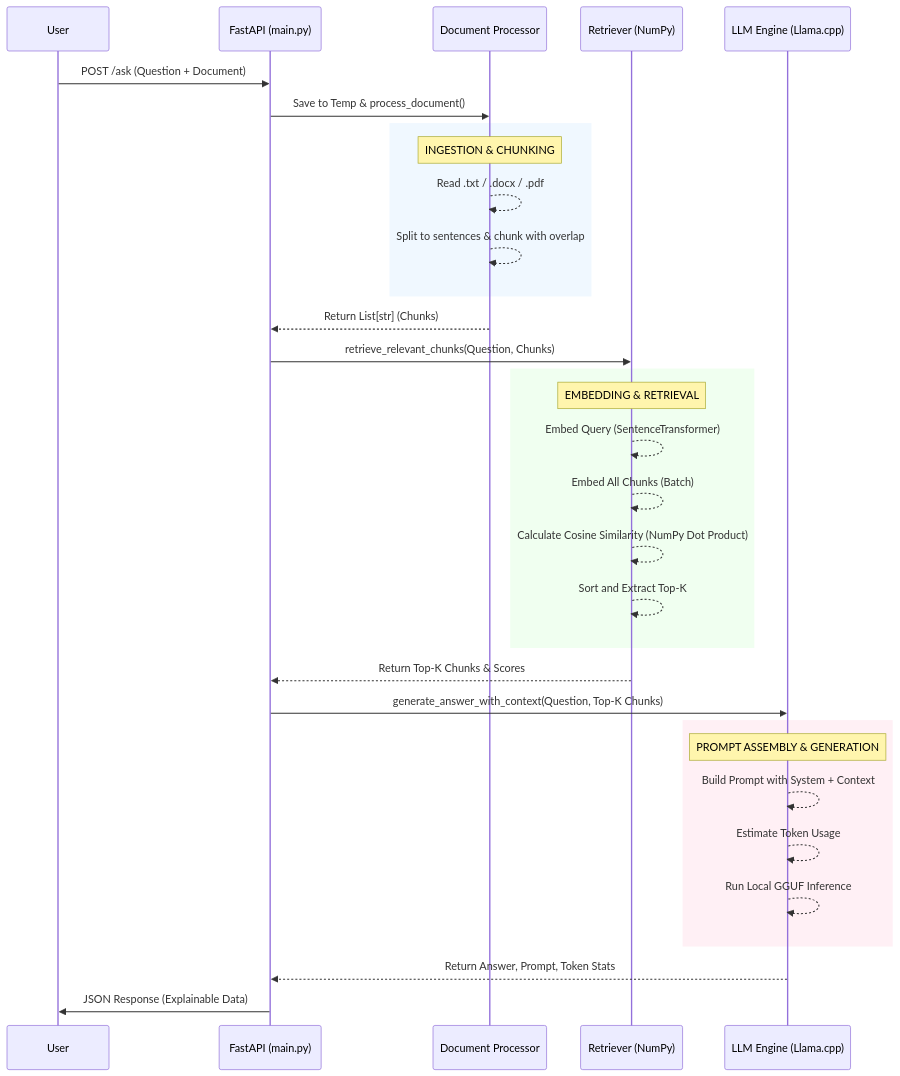
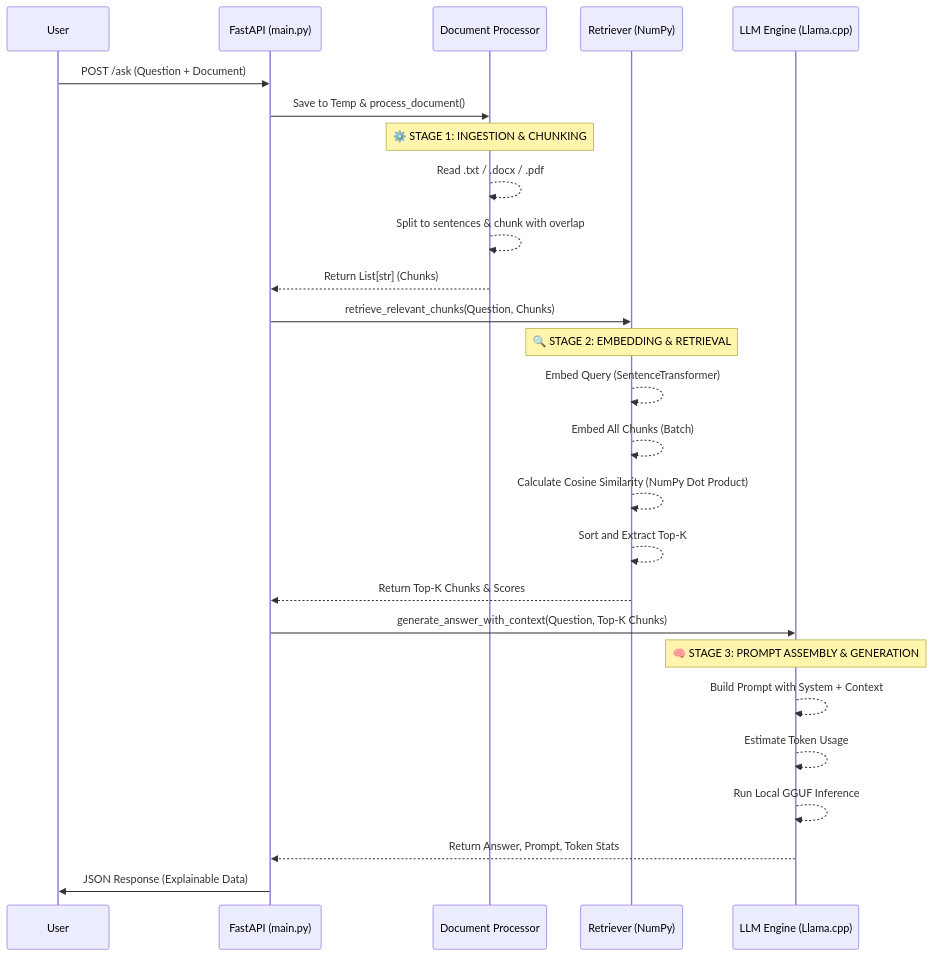
One commit to adolesans/askdocx-local-rag changed the diagram in README.md. Above: the diagram before and after it, drawn with Mermaid.

Commit message:
Update stages in README formatting

````diff
--- a/README.md
+++ b/README.md
@@ -206,41 +206,35 @@
 ```mermaid
 sequenceDiagram
     participant User
     participant FastAPI as FastAPI (main.py)
     participant DocProc as Document Processor
     participant Ret as Retriever (NumPy)
     participant LLM as LLM Engine (Llama.cpp)
 
     User->>FastAPI: POST /ask (Question + Document)
     FastAPI->>DocProc: Save to Temp & process_document()
     
-    rect rgb(240, 248, 255)
-        Note over DocProc: INGESTION & CHUNKING
-        DocProc-->>DocProc: Read .txt / .docx / .pdf
-        DocProc-->>DocProc: Split to sentences & chunk with overlap
-    end
+    Note over DocProc: ⚙️ STAGE 1: INGESTION & CHUNKING
+    DocProc-->>DocProc: Read .txt / .docx / .pdf
+    DocProc-->>DocProc: Split to sentences & chunk with overlap
+    DocProc-->>FastAPI: Return List[str] (Chunks)
     
-    DocProc-->>FastAPI: Return List[str] (Chunks)
     FastAPI->>Ret: retrieve_relevant_chunks(Question, Chunks)
     
-    rect rgb(240, 255, 240)
-        Note over Ret: EMBEDDING & RETRIEVAL
-        Ret-->>Ret: Embed Query (SentenceTransformer)
-        Ret-->>Ret: Embed All Chunks (Batch)
-        Ret-->>Ret: Calculate Cosine Similarity (NumPy Dot Product)
-        Ret-->>Ret: Sort and Extract Top-K
-    end
+    Note over Ret: 🔍 STAGE 2: EMBEDDING & RETRIEVAL
+    Ret-->>Ret: Embed Query (SentenceTransformer)
+    Ret-->>Ret: Embed All Chunks (Batch)
+    Ret-->>Ret: Calculate Cosine Similarity (NumPy Dot Product)
+    Ret-->>Ret: Sort and Extract Top-K
+    Ret-->>FastAPI: Return Top-K Chunks & Scores
     
-    Ret-->>FastAPI: Return Top-K Chunks & Scores
     FastAPI->>LLM: generate_answer_with_context(Question, Top-K Chunks)
     
-    rect rgb(255, 240, 245)
-        Note over LLM: PROMPT ASSEMBLY & GENERATION
-        LLM-->>LLM: Build Prompt with System + Context
-        LLM-->>LLM: Estimate Token Usage
-        LLM-->>LLM: Run Local GGUF Inference
-    end
+    Note over LLM: 🧠 STAGE 3: PROMPT ASSEMBLY & GENERATION
+    LLM-->>LLM: Build Prompt with System + Context
+    LLM-->>LLM: Estimate Token Usage
+    LLM-->>LLM: Run Local GGUF Inference
+    LLM-->>FastAPI: Return Answer, Prompt, Token Stats
     
-    LLM-->>FastAPI: Return Answer, Prompt, Token Stats
     FastAPI->>User: JSON Response (Explainable Data)
 ```
````
